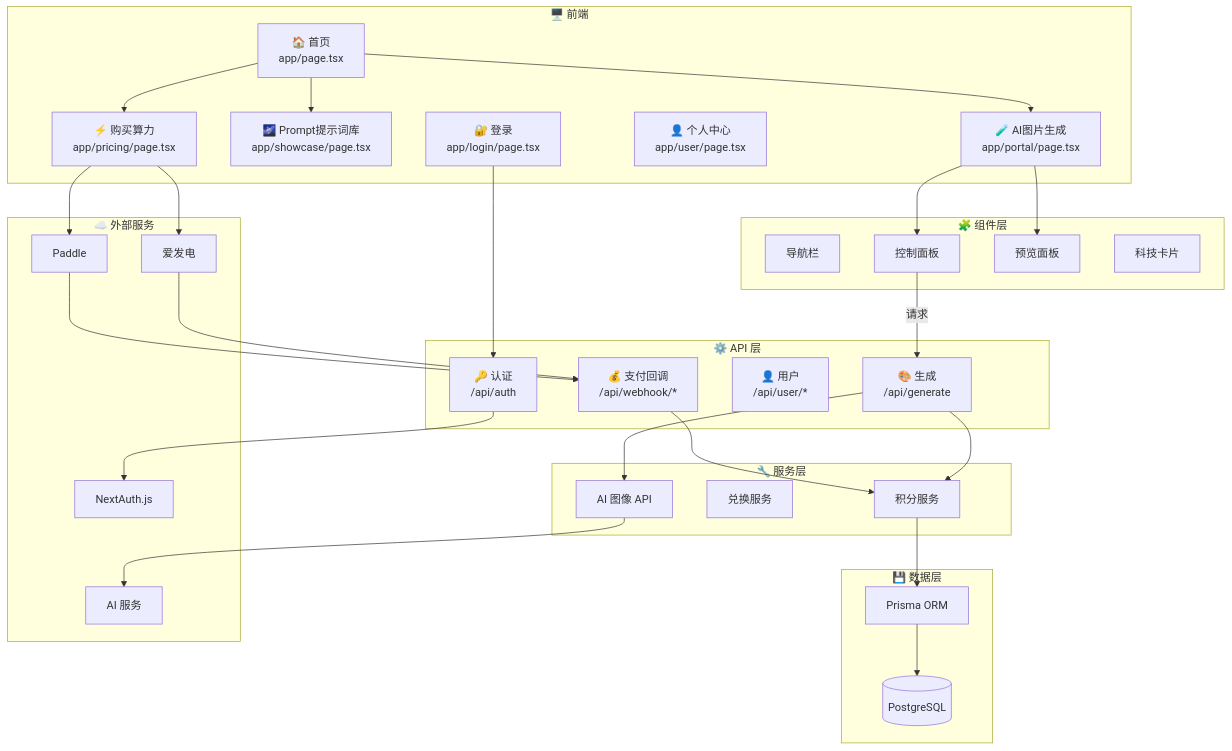
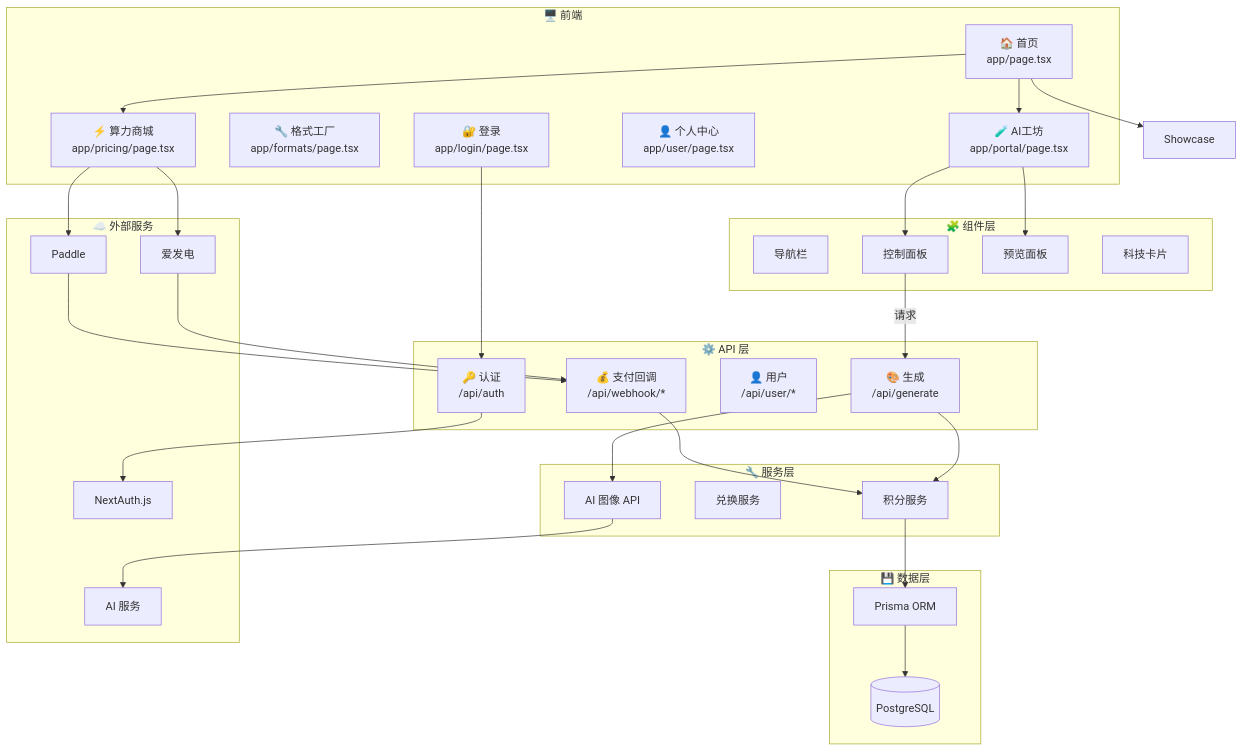
One commit to Trade-Offf/The-Nth-Me changed the first of 2 diagrams in README.zh-CN.md. Above: the diagram before and after it, drawn with Mermaid. The commit also changed other lines of this file and 34 other files, not shown here.

````diff
--- a/README.zh-CN.md
+++ b/README.zh-CN.md
@@ -147,66 +147,66 @@
 ```mermaid
 flowchart TB
     subgraph 前端["🖥️ 前端"]
         Home["🏠 首页<br/>app/page.tsx"]
-        Portal["🧪 AI图片生成<br/>app/portal/page.tsx"]
-        Showcase["🌌 Prompt提示词库<br/>app/showcase/page.tsx"]
-        Pricing["⚡ 购买算力<br/>app/pricing/page.tsx"]
+        Portal["🧪 AI工坊<br/>app/portal/page.tsx"]
+        Formats["🔧 格式工厂<br/>app/formats/page.tsx"]
+        Pricing["⚡ 算力商城<br/>app/pricing/page.tsx"]
         User["👤 个人中心<br/>app/user/page.tsx"]
         Login["🔐 登录<br/>app/login/page.tsx"]
     end
 
     subgraph 组件["🧩 组件层"]
         Navbar["导航栏"]
         ControlPanel["控制面板"]
         PreviewPanel["预览面板"]
         TechCard["科技卡片"]
     end
 
     subgraph API["⚙️ API 层"]
         AuthAPI["🔑 认证<br/>/api/auth"]
         GenerateAPI["🎨 生成<br/>/api/generate"]
         UserAPI["👤 用户<br/>/api/user/*"]
         WebhookAPI["💰 支付回调<br/>/api/webhook/*"]
     end
 
     subgraph 服务["🔧 服务层"]
         CreditService["积分服务"]
         RedeemService["兑换服务"]
         NanobananaAPI["AI 图像 API"]
     end
 
     subgraph 数据库["💾 数据层"]
         Prisma["Prisma ORM"]
         PostgreSQL[("PostgreSQL")]
     end
 
     subgraph 外部["☁️ 外部服务"]
         NextAuth["NextAuth.js"]
         Afdian["爱发电"]
         Paddle["Paddle"]
         AIService["AI 服务"]
     end
 
     Home --> Portal
     Home --> Showcase
     Home --> Pricing
     Portal --> ControlPanel
     Portal --> PreviewPanel
 
     ControlPanel -->|"请求"| GenerateAPI
     GenerateAPI --> CreditService
     GenerateAPI --> NanobananaAPI
     NanobananaAPI --> AIService
 
     Login --> AuthAPI
     AuthAPI --> NextAuth
 
     Pricing --> Afdian
     Pricing --> Paddle
     Afdian --> WebhookAPI
     Paddle --> WebhookAPI
     WebhookAPI --> CreditService
 
     CreditService --> Prisma
     Prisma --> PostgreSQL
 ```
````
